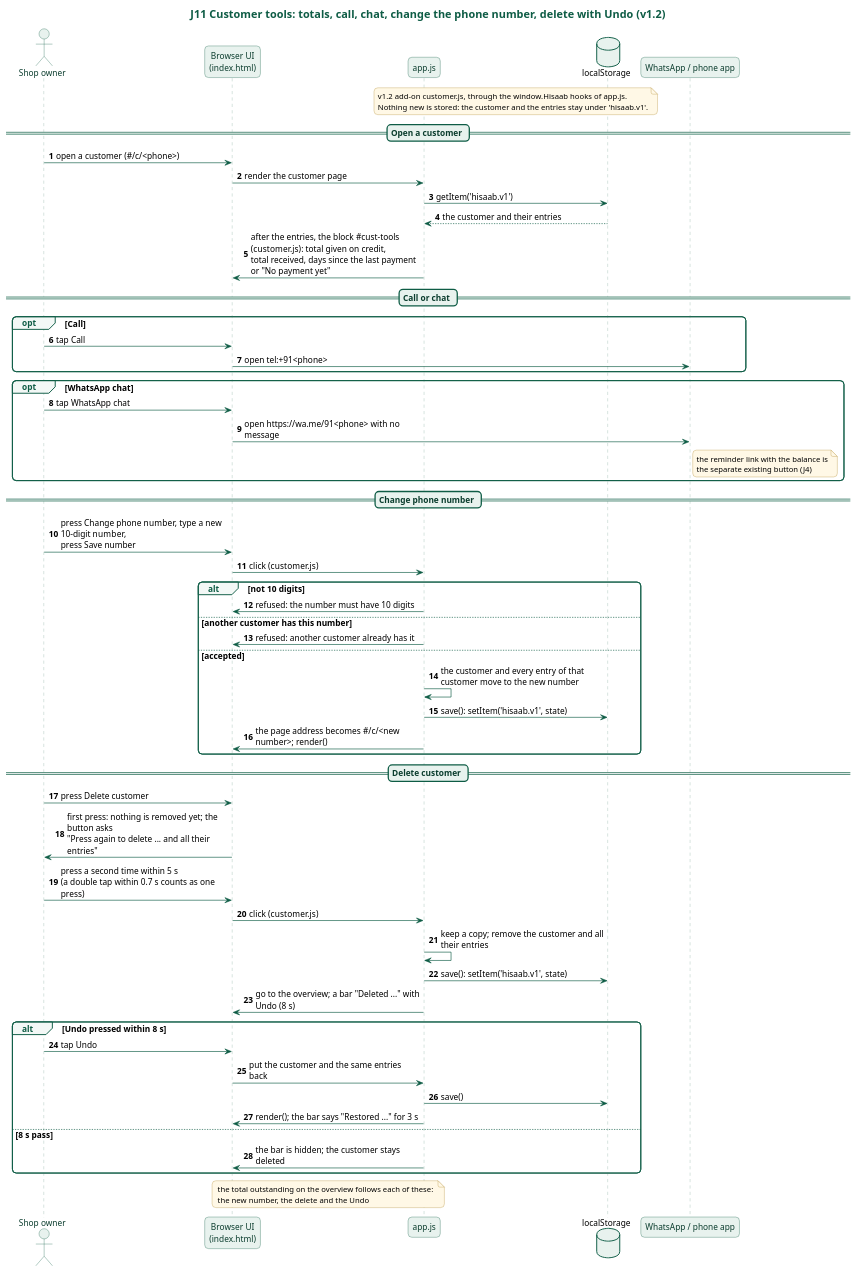
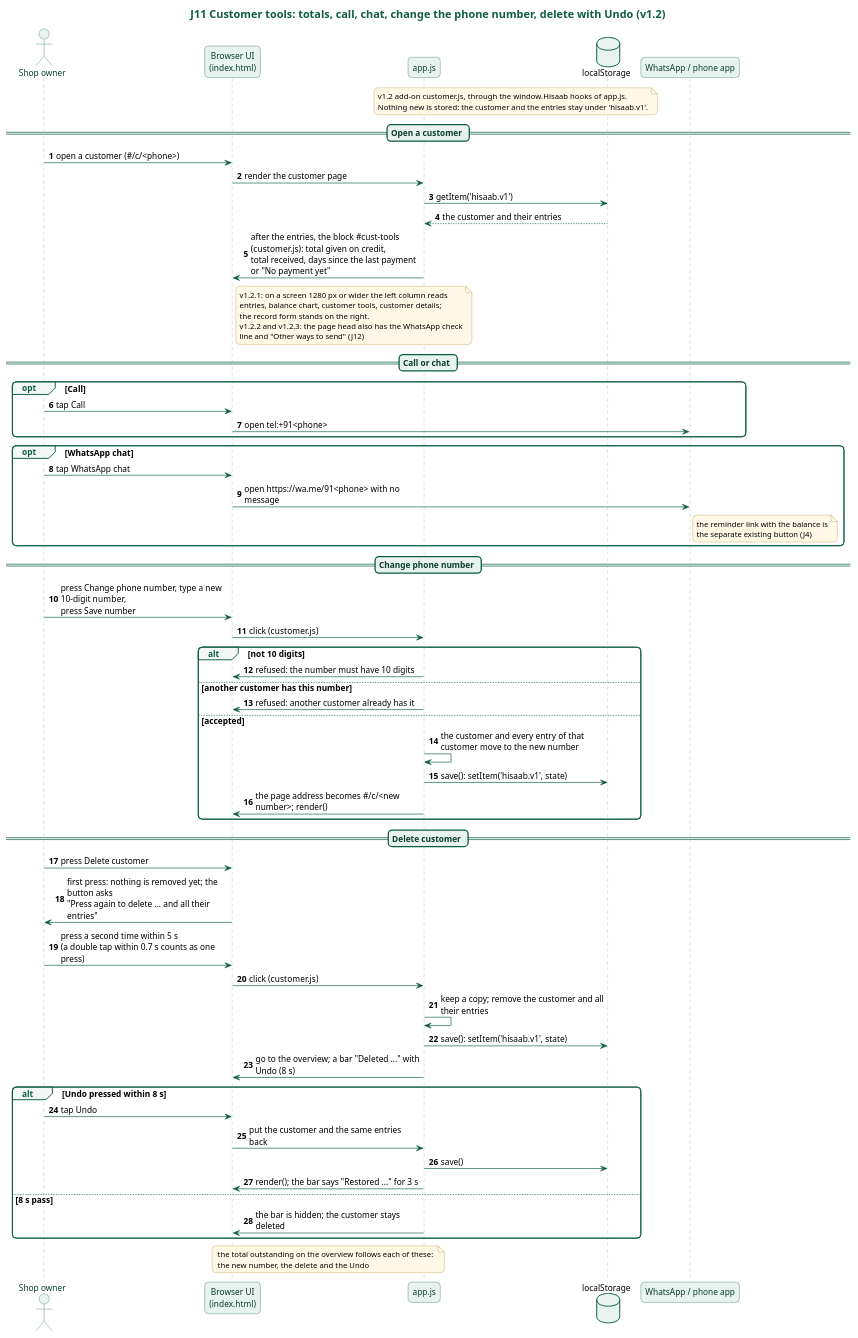
One commit to karwasanjay007/hisaab-docs changed the diagram in docs/diagrams/j11-customer-tools.puml. Above: the diagram before and after it, drawn with PlantUML. The commit also changed 39 other files, not shown here.

First line of the commit message:
Version 1.2.3: layout that holds in every language, names in nine more scripts, a tappable pay link, other ways to send, the WhatsApp check; requirements, design, journeys, diagrams and evidence brought up to date after the baseline was approved

```diff
--- a/docs/diagrams/j11-customer-tools.puml
+++ b/docs/diagrams/j11-customer-tools.puml
@@ -1,92 +1,93 @@
 @startuml j11-customer-tools
 title J11 Customer tools: totals, call, chat, change the phone number, delete with Undo (v1.2)
 skinparam backgroundColor white
 skinparam defaultFontName "Noto Sans"
 skinparam defaultFontSize 13
 skinparam roundCorner 12
 skinparam shadowing false
 skinparam maxMessageSize 260
 skinparam titleFontSize 17
 skinparam titleFontColor #0E5C45
 skinparam sequenceMessageAlign left
 skinparam responseMessageBelowArrow true
 skinparam sequence {
   ArrowColor #0E5C45
   LifeLineBorderColor #7FA89A
   LifeLineBackgroundColor #E8F2EE
   ParticipantBorderColor #0E5C45
   ParticipantBackgroundColor #E8F2EE
   ParticipantFontColor #0B3D2E
   ActorBorderColor #0E5C45
   ActorBackgroundColor #E8F2EE
   ActorFontColor #0B3D2E
   GroupBorderColor #0E5C45
   GroupHeaderFontColor #0E5C45
   GroupBackgroundColor #F3F8F6
   DividerBorderColor #0E5C45
   DividerBackgroundColor #E8F2EE
   DividerFontColor #0B3D2E
   BoxBorderColor #0E5C45
 }
 skinparam database {
   BorderColor #0E5C45
   BackgroundColor #E8F2EE
 }
 skinparam note {
   BorderColor #B08A2E
   BackgroundColor #FFF8E6
   FontSize 12
 }
 actor "Shop owner" as Owner
 participant "Browser UI\n(index.html)" as UI
 participant "app.js" as App
 database "localStorage" as LS
 participant "WhatsApp / phone app" as WA
 autonumber
 note over App, LS : v1.2 add-on customer.js, through the window.Hisaab hooks of app.js.\nNothing new is stored: the customer and the entries stay under 'hisaab.v1'.
 == Open a customer ==
 Owner -> UI : open a customer (#/c/<phone>)
 UI -> App : render the customer page
 App -> LS : getItem('hisaab.v1')
 LS --> App : the customer and their entries
 App -> UI : after the entries, the block #cust-tools (customer.js): total given on credit,\ntotal received, days since the last payment or "No payment yet"
+note right of UI : v1.2.1: on a screen 1280 px or wider the left column reads\nentries, balance chart, customer tools, customer details;\nthe record form stands on the right.\nv1.2.2 and v1.2.3: the page head also has the WhatsApp check\nline and "Other ways to send" (J12)
 == Call or chat ==
 opt Call
   Owner -> UI : tap Call
   UI -> WA : open tel:+91<phone>
 end
 opt WhatsApp chat
   Owner -> UI : tap WhatsApp chat
   UI -> WA : open https://wa.me/91<phone> with no message
   note right of WA : the reminder link with the balance is\nthe separate existing button (J4)
 end
 == Change phone number ==
 Owner -> UI : press Change phone number, type a new 10-digit number,\npress Save number
 UI -> App : click (customer.js)
 alt not 10 digits
   App -> UI : refused: the number must have 10 digits
 else another customer has this number
   App -> UI : refused: another customer already has it
 else accepted
   App -> App : the customer and every entry of that customer move to the new number
   App -> LS : save(): setItem('hisaab.v1', state)
   App -> UI : the page address becomes #/c/<new number>; render()
 end
 == Delete customer ==
 Owner -> UI : press Delete customer
 UI -> Owner : first press: nothing is removed yet; the button asks\n"Press again to delete ... and all their entries"
 Owner -> UI : press a second time within 5 s\n(a double tap within 0.7 s counts as one press)
 UI -> App : click (customer.js)
 App -> App : keep a copy; remove the customer and all their entries
 App -> LS : save(): setItem('hisaab.v1', state)
 App -> UI : go to the overview; a bar "Deleted ..." with Undo (8 s)
 alt Undo pressed within 8 s
   Owner -> UI : tap Undo
   UI -> App : put the customer and the same entries back
   App -> LS : save()
   App -> UI : render(); the bar says "Restored ..." for 3 s
 else 8 s pass
   App -> UI : the bar is hidden; the customer stays deleted
 end
 note over UI, App : the total outstanding on the overview follows each of these:\nthe new number, the delete and the Undo
 @enduml
```
